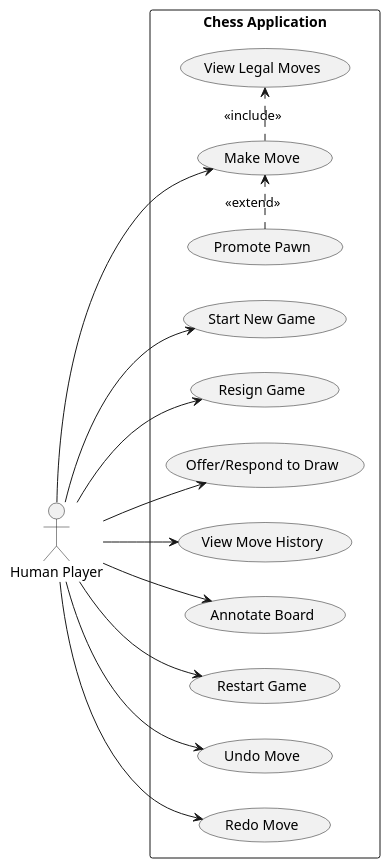
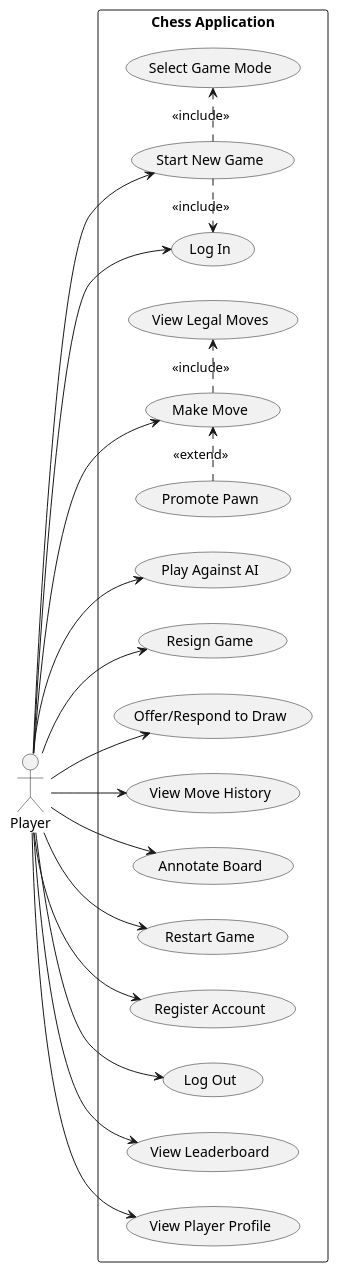
One commit to nortal3141592/OOP-chess-engine changed the diagram in docs/use-case-diagram.puml. Above: the diagram before and after it, drawn with PlantUML.

Commit message:
Update use case diagram for Chess Application

```diff
--- a/docs/use-case-diagram.puml
+++ b/docs/use-case-diagram.puml
@@ -1,32 +1,42 @@
 @startuml
 left to right direction
-actor "Human Player" as Player
+actor "Player" as P
 
 rectangle "Chess Application" {
   usecase "Start New Game" as UC1
+  usecase "Select Game Mode" as UC2
   usecase "Make Move" as UC3
   usecase "View Legal Moves" as UC4
   usecase "Promote Pawn" as UC5
+  usecase "Play Against AI" as UC6
   usecase "Resign Game" as UC7
   usecase "Offer/Respond to Draw" as UC8
   usecase "View Move History" as UC9
   usecase "Annotate Board" as UC10
   usecase "Restart Game" as UC11
-  usecase "Undo Move" as UC12
-  usecase "Redo Move" as UC13
+  usecase "Register Account" as UC12
+  usecase "Log In" as UC13
+  usecase "Log Out" as UC14
+  usecase "View Leaderboard" as UC15
+  usecase "View Player Profile" as UC16
 }
 
-Player --> UC1
-Player --> UC3
-Player --> UC7
-Player --> UC8
-Player --> UC9
-Player --> UC10
-Player --> UC11
-Player --> UC12
-Player --> UC13
+P --> UC1
+P --> UC3
+P --> UC6
+P --> UC7
+P --> UC8
+P --> UC9
+P --> UC10
+P --> UC11
+P --> UC12
+P --> UC13
+P --> UC14
+P --> UC15
+P --> UC16
 
-
+UC1 .> UC2 : <<include>>
+UC1 .> UC13 : <<include>>
 UC3 .> UC4 : <<include>>
 UC5 .> UC3 : <<extend>>
 @enduml
```
